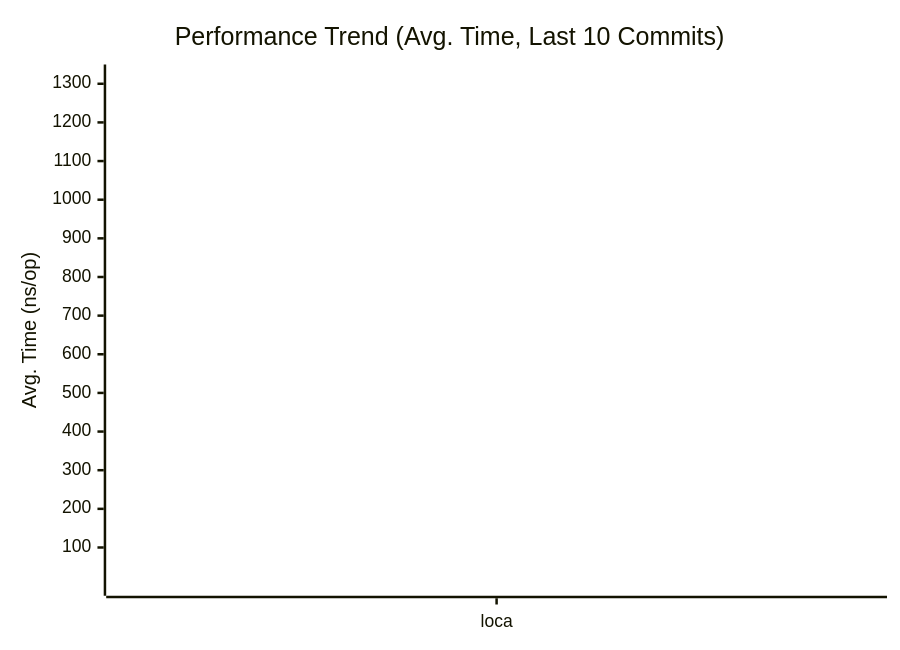
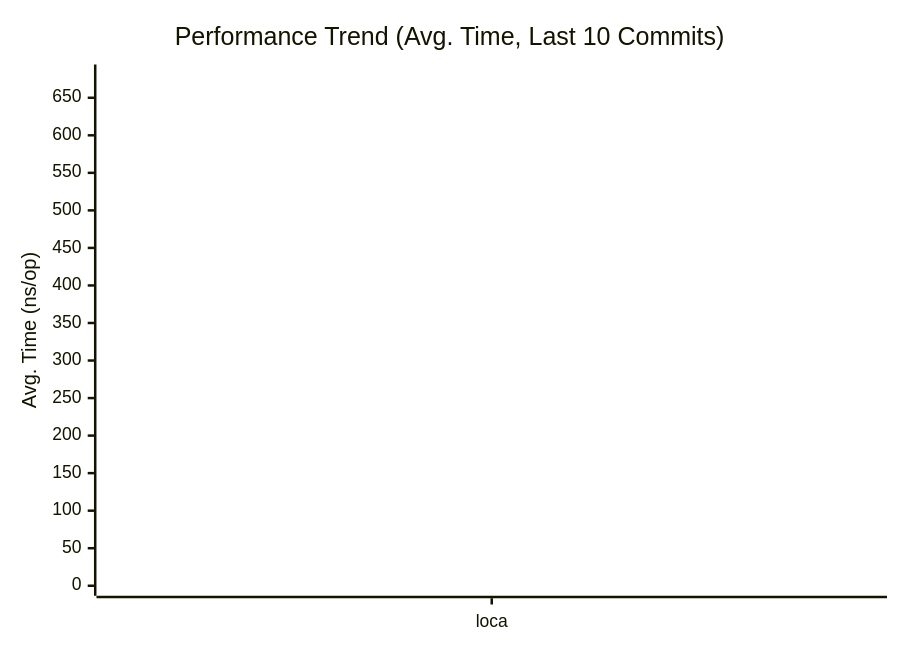
The first of 3 diagrams in docs/PERFORMANCE.md (alsotoes/momo), drawn with Mermaid before and after one commit. The commit also changed other lines of this file and 3 other files, not shown here.

````diff
--- a/docs/PERFORMANCE.md
+++ b/docs/PERFORMANCE.md
@@ -80,16 +80,16 @@
 ```mermaid
 xychart-beta
     title "Performance Trend (Avg. Time, Last 10 Commits)"
     x-axis "Commit"
     y-axis "Avg. Time (ns/op)"
     x-axis [loca]
-    line "CheckMetricsAndSwap" [19,6,6,6,7,14,7,6,6,7]
-    line "CrushOptimized" [528,260,279,265,295,618,264,255,245,263]
-    line "CrushOriginal" [1101,375,388,399,426,831,362,367,368,359]
-    line "IndexDirectTracking" [1,0,0,0,0,1,0,0,0,0]
-    line "IndexSearch" [4,3,2,3,3,4,3,3,3,3]
-    line "LoadGlobalConfig" [1324,681,613,619,815,1442,632,613,599,626]
-    line "PadString" [2,2,2,2,2,3,2,2,2,2]
+    line "CheckMetricsAndSwap" [6,6,6,7,14,7,6,6,7,6]
+    line "CrushOptimized" [260,279,265,295,618,264,255,245,263,278]
+    line "CrushOriginal" [375,388,399,426,831,362,367,368,359,370]
+    line "IndexDirectTracking" [0,0,0,0,1,0,0,0,0,0]
+    line "IndexSearch" [3,2,3,3,4,3,3,3,3,3]
+    line "LoadGlobalConfig" [681,613,619,815,1442,632,613,599,626,686]
+    line "PadString" [2,2,2,2,3,2,2,2,2,2]
     line "ParseReplicationOrder_NoPrealloc" [350,349,357,354,345,225,229,165,232,234]
     line "ParseReplicationOrder_Prealloc" [229,231,237,234,229,108,107,80,110,109]
 ```
````
